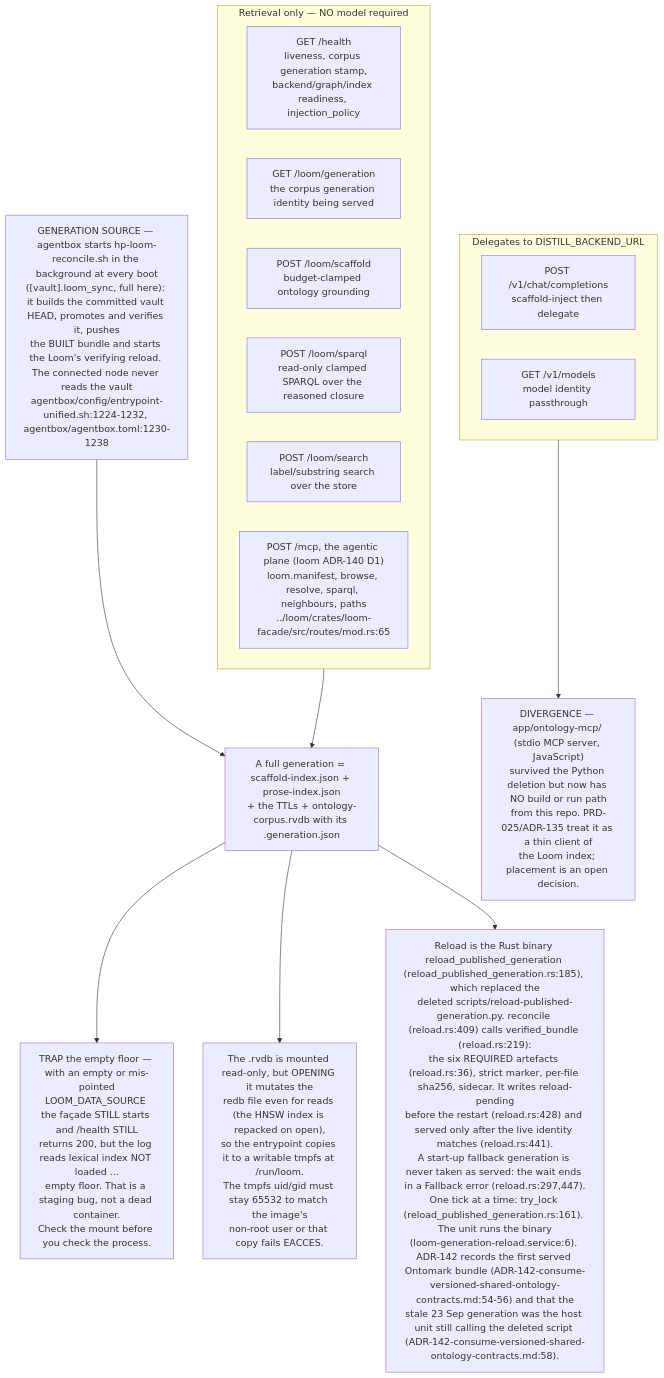
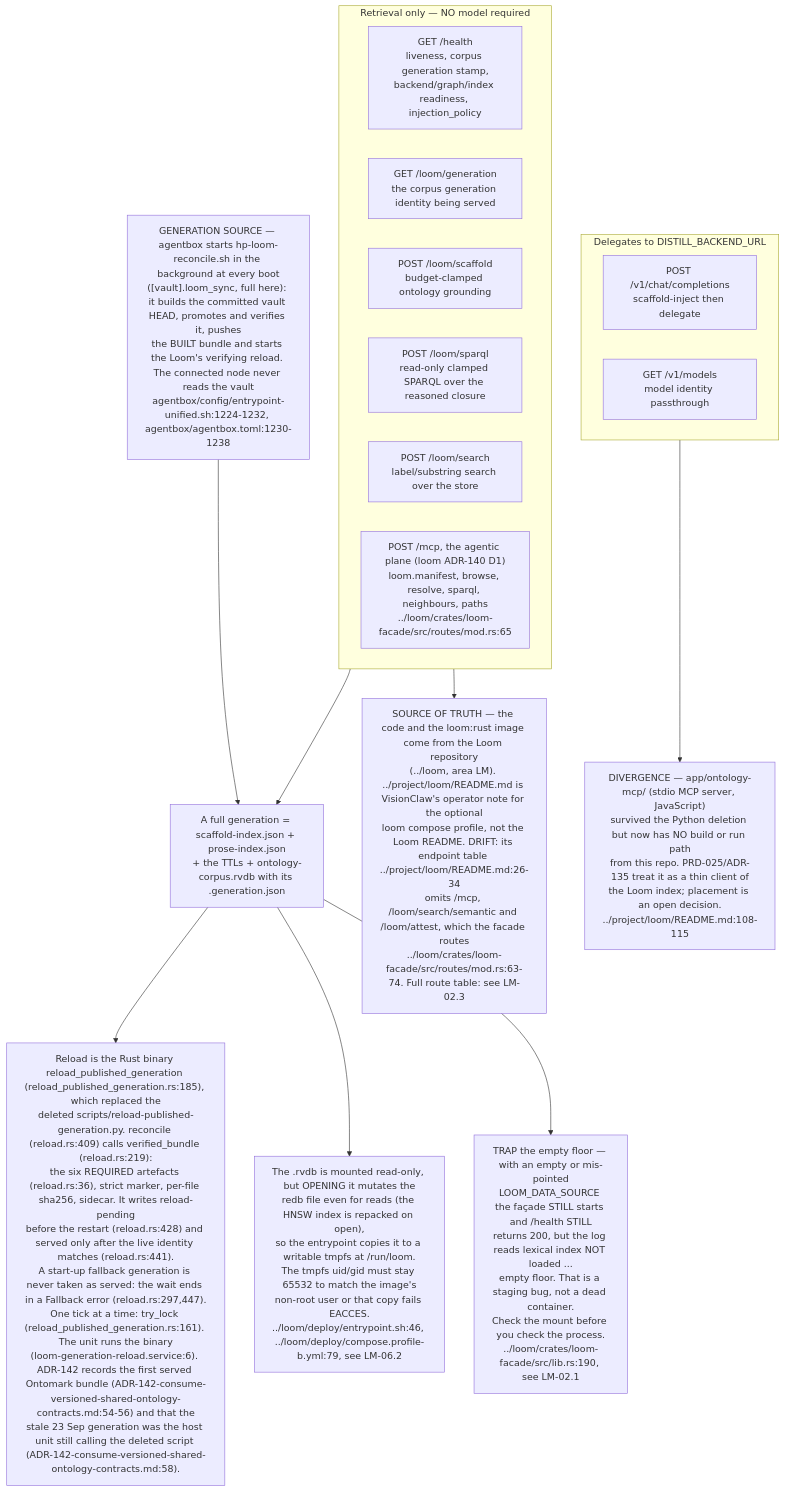
One commit to DreamLab-AI/VisionFlow changed the sixth of 11 diagrams in docs/diagrams/estate/06-loom-and-email-privacy-path.md. Above: the diagram before and after it, drawn with Mermaid. The commit also changed other lines of this file and 12 other files, not shown here.

First line of the commit message:
diagrams: cross-topic consistency and prose citation repairs

````diff
--- a/docs/diagrams/estate/06-loom-and-email-privacy-path.md
+++ b/docs/diagrams/estate/06-loom-and-email-privacy-path.md
@@ -207,29 +210,31 @@
 ```mermaid
 flowchart TB
     subgraph nomodel["Retrieval only — NO model required"]
         E1["GET /health<br/>liveness, corpus generation stamp,<br/>backend/graph/index readiness, injection_policy"]
         E2["GET /loom/generation<br/>the corpus generation identity being served"]
         E3["POST /loom/scaffold<br/>budget-clamped ontology grounding"]
         E4["POST /loom/sparql<br/>read-only clamped SPARQL over the reasoned closure"]
         E5["POST /loom/search<br/>label/substring search over the store"]
         E8["POST /mcp, the agentic plane (loom ADR-140 D1)<br/>loom.manifest, browse, resolve, sparql, neighbours, paths<br/>../loom/crates/loom-facade/src/routes/mod.rs:65"]
     end
     subgraph needsmodel["Delegates to DISTILL_BACKEND_URL"]
         E6["POST /v1/chat/completions<br/>scaffold-inject then delegate"]
         E7["GET /v1/models<br/>model identity passthrough"]
     end
     GEN["A full generation = scaffold-index.json + prose-index.json<br/>+ the TTLs + ontology-corpus.rvdb with its .generation.json"]
-    T1["TRAP the empty floor — with an empty or mis-pointed<br/>LOOM_DATA_SOURCE the façade STILL starts and /health STILL<br/>returns 200, but the log reads lexical index NOT loaded ...<br/>empty floor. That is a staging bug, not a dead container.<br/>Check the mount before you check the process."]
-    T2["The .rvdb is mounted read-only, but OPENING it mutates the<br/>redb file even for reads (the HNSW index is repacked on open),<br/>so the entrypoint copies it to a writable tmpfs at /run/loom.<br/>The tmpfs uid/gid must stay 65532 to match the image's<br/>non-root user or that copy fails EACCES."]
+    T1["TRAP the empty floor — with an empty or mis-pointed<br/>LOOM_DATA_SOURCE the façade STILL starts and /health STILL<br/>returns 200, but the log reads lexical index NOT loaded ...<br/>empty floor. That is a staging bug, not a dead container.<br/>Check the mount before you check the process.<br/>../loom/crates/loom-facade/src/lib.rs:190, see LM-02.1"]
+    T2["The .rvdb is mounted read-only, but OPENING it mutates the<br/>redb file even for reads (the HNSW index is repacked on open),<br/>so the entrypoint copies it to a writable tmpfs at /run/loom.<br/>The tmpfs uid/gid must stay 65532 to match the image's<br/>non-root user or that copy fails EACCES.<br/>../loom/deploy/entrypoint.sh:46, ../loom/deploy/compose.profile-b.yml:79, see LM-06.2"]
     D1["Reload is the Rust binary reload_published_generation (reload_published_generation.rs:185), which replaced the<br/>deleted scripts/reload-published-generation.py. reconcile (reload.rs:409) calls verified_bundle (reload.rs:219):<br/>the six REQUIRED artefacts (reload.rs:36), strict marker, per-file sha256, sidecar. It writes reload-pending<br/>before the restart (reload.rs:428) and served only after the live identity matches (reload.rs:441).<br/>A start-up fallback generation is never taken as served: the wait ends in a Fallback error (reload.rs:297,447).<br/>One tick at a time: try_lock (reload_published_generation.rs:161). The unit runs the binary<br/>(loom-generation-reload.service:6). ADR-142 records the first served Ontomark bundle (ADR-142-consume-versioned-shared-ontology-contracts.md:54-56) and that the<br/>stale 23 Sep generation was the host unit still calling the deleted script (ADR-142-consume-versioned-shared-ontology-contracts.md:58)."]
-    D2["DIVERGENCE — app/ontology-mcp/ (stdio MCP server, JavaScript)<br/>survived the Python deletion but now has NO build or run path<br/>from this repo. PRD-025/ADR-135 treat it as a thin client of<br/>the Loom index; placement is an open decision."]
+    D2["DIVERGENCE — app/ontology-mcp/ (stdio MCP server, JavaScript)<br/>survived the Python deletion but now has NO build or run path<br/>from this repo. PRD-025/ADR-135 treat it as a thin client of<br/>the Loom index; placement is an open decision.<br/>../project/loom/README.md:108-115"]
 
     RECON["GENERATION SOURCE — agentbox starts hp-loom-reconcile.sh in the background at every boot<br/>([vault].loom_sync, full here): it builds the committed vault HEAD, promotes and verifies it, pushes<br/>the BUILT bundle and starts the Loom's verifying reload. The connected node never reads the vault<br/>agentbox/config/entrypoint-unified.sh:1224-1232, agentbox/agentbox.toml:1230-1238"]
 
+    SOT["SOURCE OF TRUTH — the code and the loom:rust image come from the Loom repository<br/>(../loom, area LM). ../project/loom/README.md is VisionClaw's operator note for the optional<br/>loom compose profile, not the Loom README. DRIFT: its endpoint table ../project/loom/README.md:26-34<br/>omits /mcp, /loom/search/semantic and /loom/attest, which the facade routes<br/>../loom/crates/loom-facade/src/routes/mod.rs:63-74. Full route table: see LM-02.3"]
+    nomodel --> SOT
     nomodel --> GEN
     RECON --> GEN
     GEN --> T1
     GEN --> T2
     GEN --> D1
     needsmodel --> D2
 ```
````
